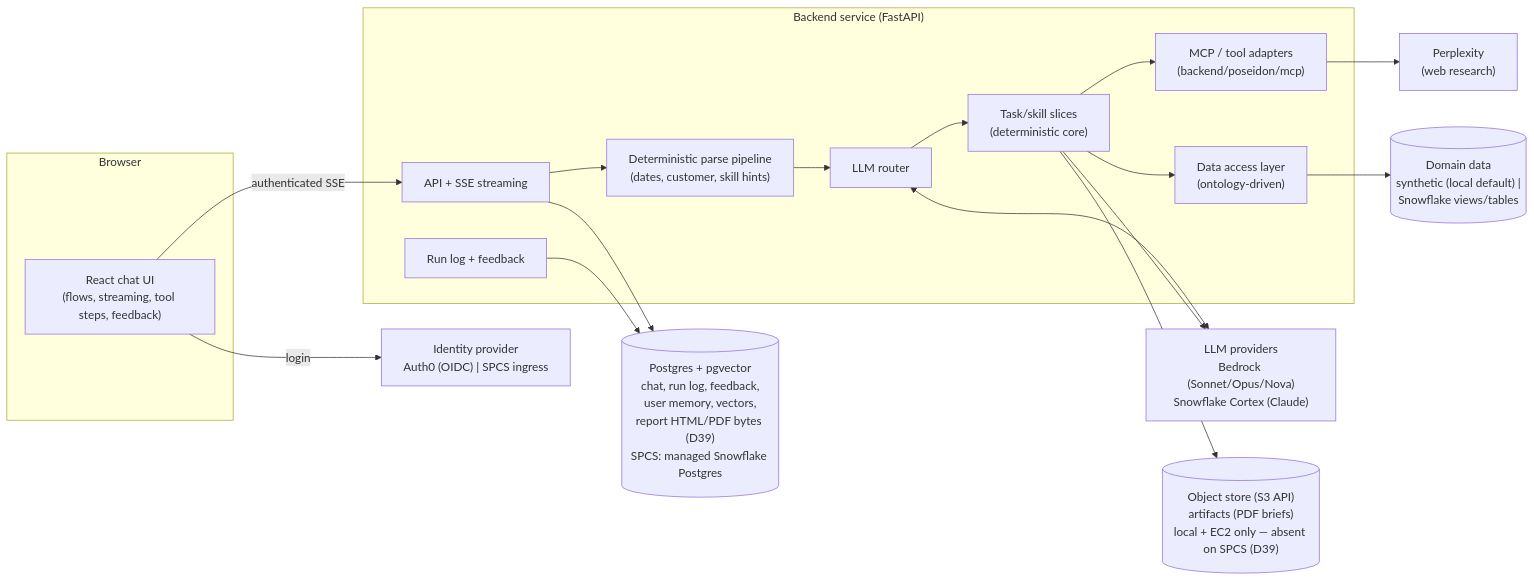
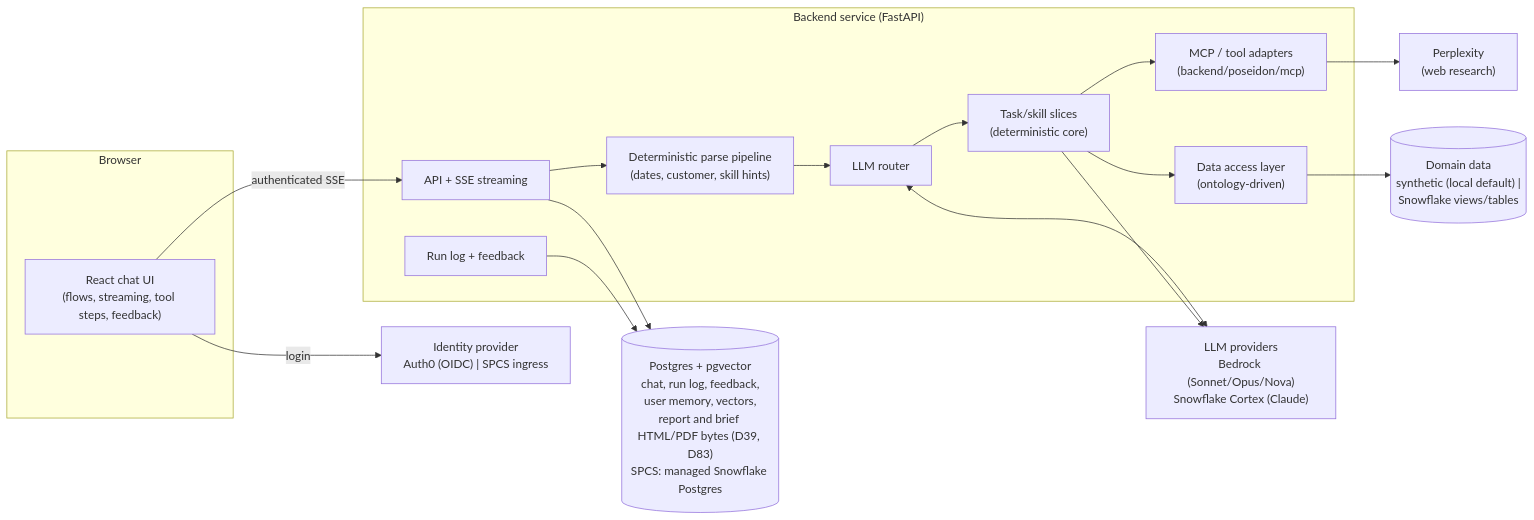
One commit to sal1391/latest_poseidon changed the diagram in docs/architecture/00-overview.md. Above: the diagram before and after it, drawn with Mermaid. The commit also changed other lines of this file and 8 other files, not shown here.

First line of the commit message:
docs: D84 no object store; sweep MinIO/S3 from current-state docs

````diff
--- a/docs/architecture/00-overview.md
+++ b/docs/architecture/00-overview.md
@@ -75,32 +75,30 @@
 ```mermaid
 flowchart LR
   subgraph Client["Browser"]
     UI["React chat UI<br/>(flows, streaming, tool steps, feedback)"]
   end
   subgraph Backend["Backend service (FastAPI)"]
     API["API + SSE streaming"]
     PIPE["Deterministic parse pipeline<br/>(dates, customer, skill hints)"]
     ROUTER["LLM router"]
     SKILLS["Task/skill slices<br/>(deterministic core)"]
     MCP["MCP / tool adapters<br/>(backend/poseidon/mcp)"]
     DATA["Data access layer<br/>(ontology-driven)"]
     RUNLOG["Run log + feedback"]
   end
   IDP["Identity provider<br/>Auth0 (OIDC) | SPCS ingress"]
   LLM["LLM providers<br/>Bedrock (Sonnet/Opus/Nova)<br/>Snowflake Cortex (Claude)"]
   PPLX["Perplexity<br/>(web research)"]
-  PG[("Postgres + pgvector<br/>chat, run log, feedback,<br/>user memory, vectors,<br/>report HTML/PDF bytes (D39)<br/>SPCS: managed Snowflake Postgres")]
-  OBJ[("Object store (S3 API)<br/>artifacts (PDF briefs)<br/>local + EC2 only — absent on SPCS (D39)")]
+  PG[("Postgres + pgvector<br/>chat, run log, feedback,<br/>user memory, vectors,<br/>report and brief HTML/PDF bytes (D39, D83)<br/>SPCS: managed Snowflake Postgres")]
   SRC[("Domain data<br/>synthetic (local default) |<br/>Snowflake views/tables")]
 
   UI -- "login" --> IDP
   UI -- "authenticated SSE" --> API
   API --> PIPE --> ROUTER --> SKILLS
   ROUTER <--> LLM
   SKILLS --> LLM
   SKILLS --> MCP --> PPLX
   SKILLS --> DATA --> SRC
   API --> PG
   RUNLOG --> PG
-  SKILLS --> OBJ
 ```
````
